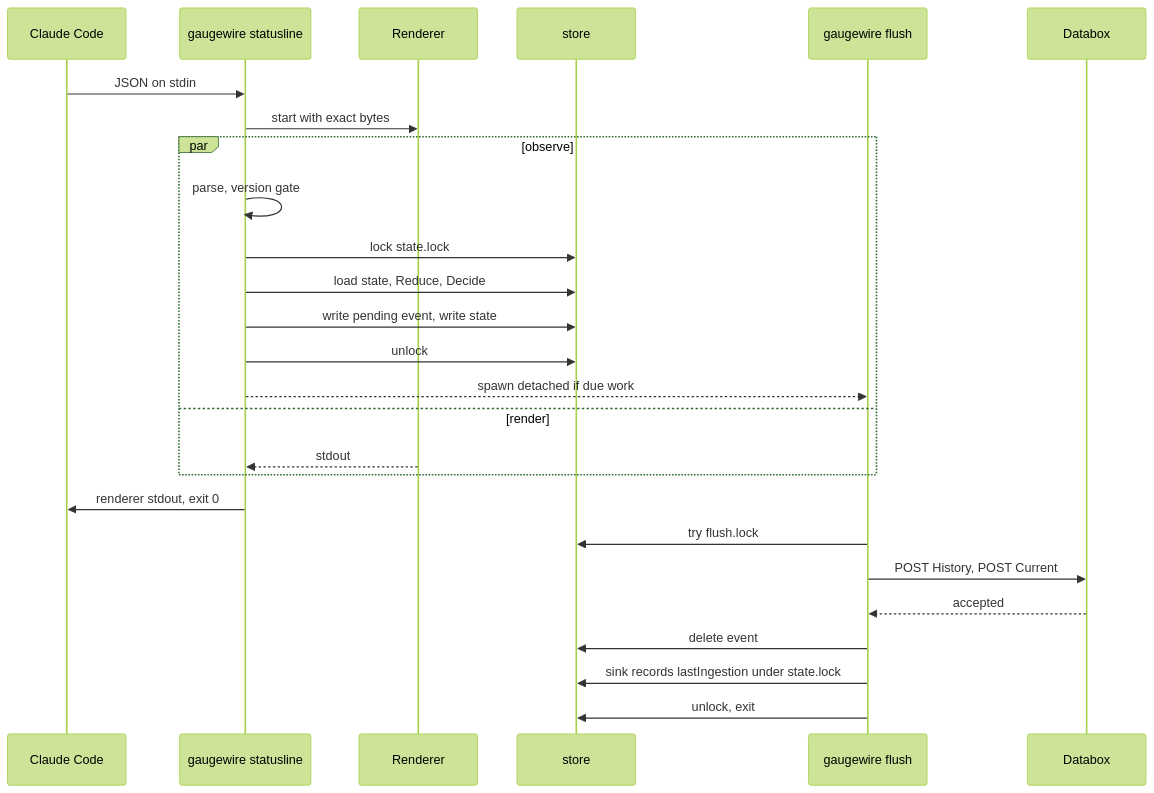
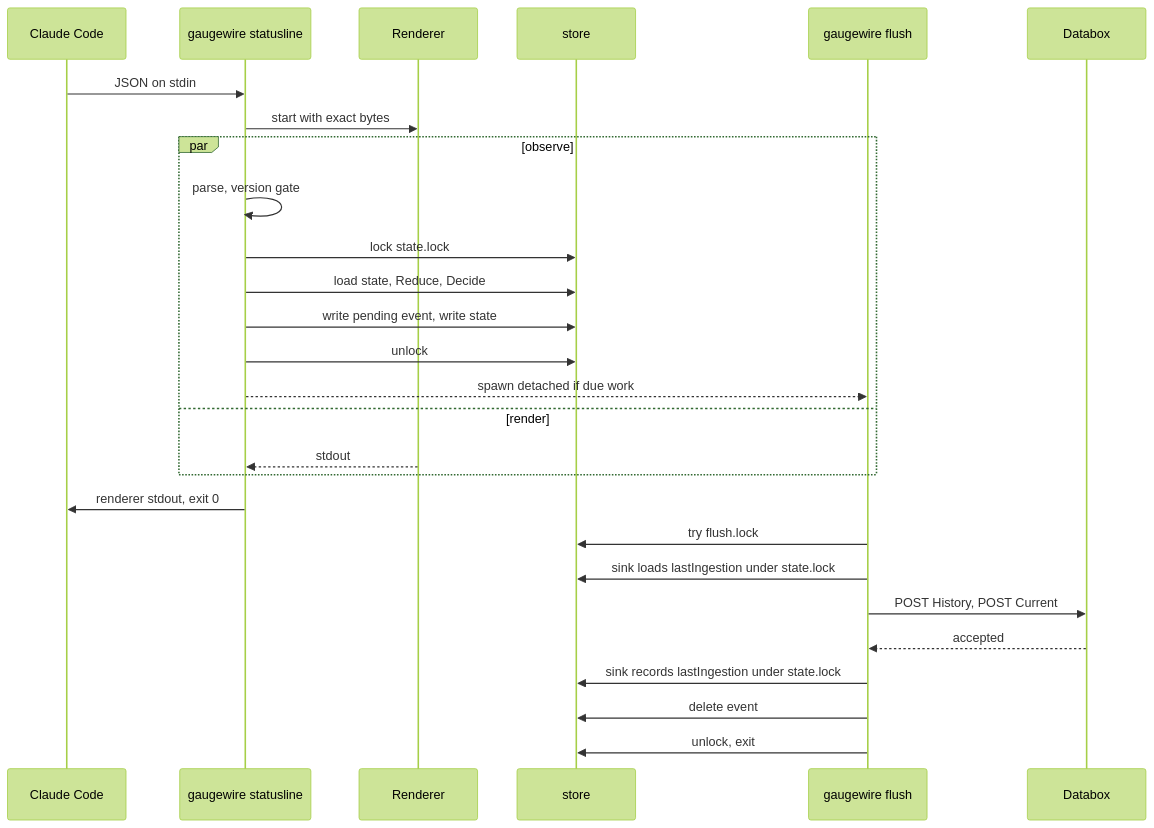
Before and after one commit to sulcer/gaugewire: the second of 2 diagrams in docs/spec/gaugewire/architecture.md, drawn with Mermaid (forest theme). The commit also changed 7 other files, not shown here.

````diff
--- a/docs/spec/gaugewire/architecture.md
+++ b/docs/spec/gaugewire/architecture.md
@@ -60,28 +60,29 @@
 ```mermaid
 sequenceDiagram
     participant CC as Claude Code
     participant GW as gaugewire statusline
     participant R as Renderer
     participant S as store
     participant F as gaugewire flush
     participant D as Databox
     CC->>GW: JSON on stdin
     GW->>R: start with exact bytes
     par observe
         GW->>GW: parse, version gate
         GW->>S: lock state.lock
         GW->>S: load state, Reduce, Decide
         GW->>S: write pending event, write state
         GW->>S: unlock
         GW-->>F: spawn detached if due work
     and render
         R-->>GW: stdout
     end
     GW->>CC: renderer stdout, exit 0
     F->>S: try flush.lock
+    F->>S: sink loads lastIngestion under state.lock
     F->>D: POST History, POST Current
     D-->>F: accepted
+    F->>S: sink records lastIngestion under state.lock
     F->>S: delete event
-    F->>S: sink records lastIngestion under state.lock
     F->>S: unlock, exit
 ```
````
